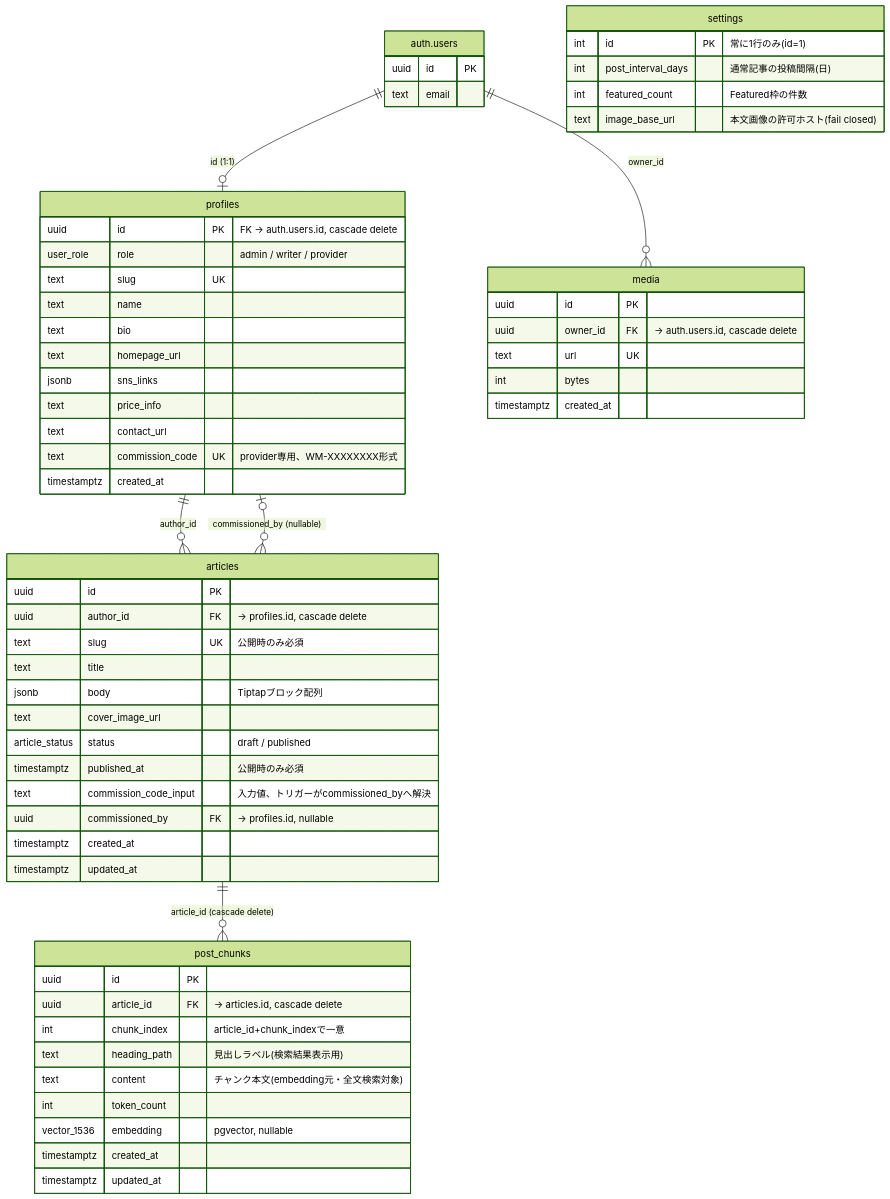
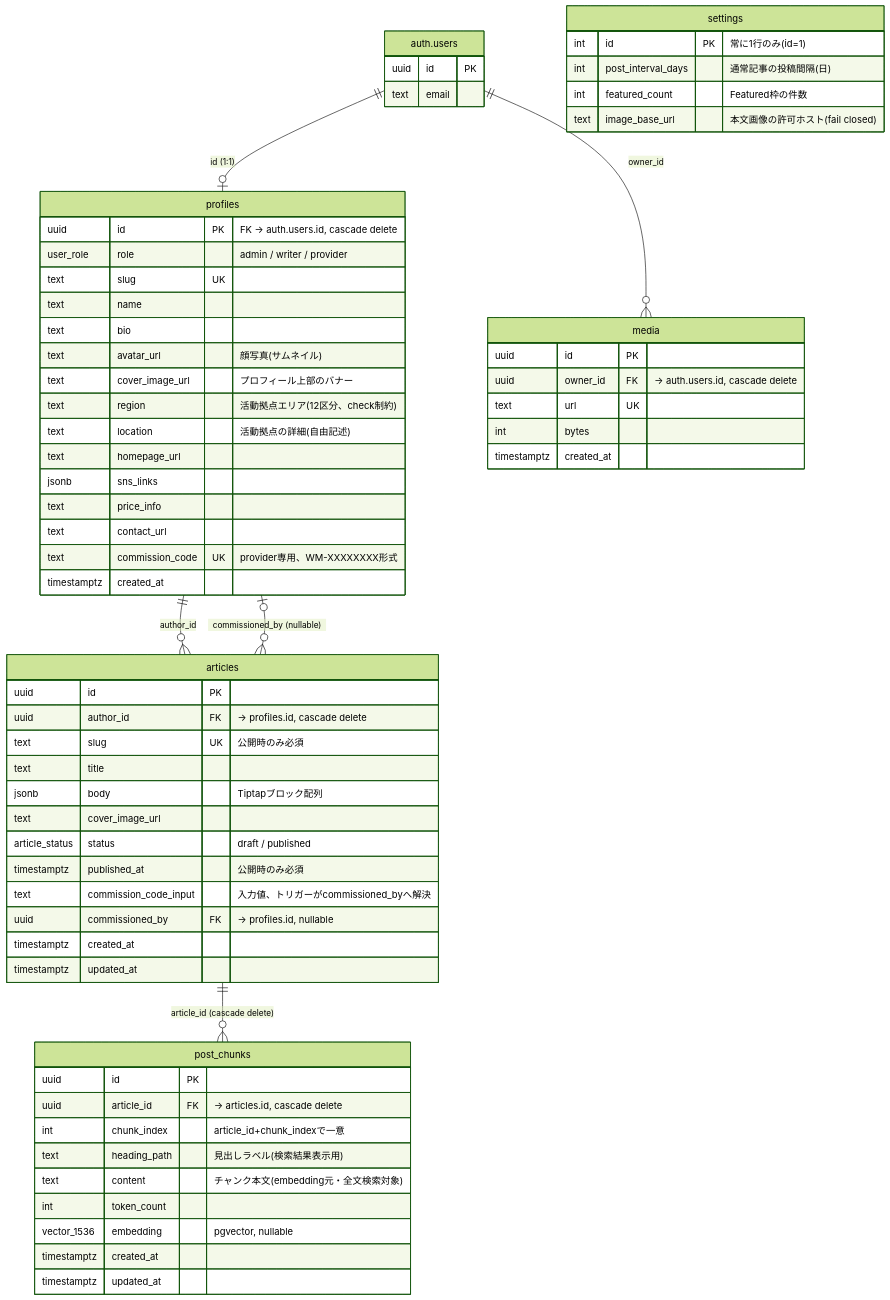
The diagram in docs/DATABASE.md (whimCrouwel/wyld-media), drawn with Mermaid (forest theme) before and after one commit. The commit also changed 43 other files, not shown here.

````diff
--- a/docs/DATABASE.md
+++ b/docs/DATABASE.md
@@ -5,69 +5,73 @@
 ```mermaid
 erDiagram
     "auth.users" ||--o| profiles : "id (1:1)"
     "auth.users" ||--o{ media : "owner_id"
     profiles ||--o{ articles : "author_id"
     profiles |o--o{ articles : "commissioned_by (nullable)"
     articles ||--o{ post_chunks : "article_id (cascade delete)"
 
     "auth.users" {
         uuid id PK
         text email
     }
 
     profiles {
         uuid id PK "FK -> auth.users.id, cascade delete"
         user_role role "admin / writer / provider"
         text slug UK
         text name
         text bio
+        text avatar_url "顔写真(サムネイル)"
+        text cover_image_url "プロフィール上部のバナー"
+        text region "活動拠点エリア(12区分、check制約)"
+        text location "活動拠点の詳細(自由記述)"
         text homepage_url
         jsonb sns_links
         text price_info
         text contact_url
         text commission_code UK "provider専用、WM-XXXXXXXX形式"
         timestamptz created_at
     }
 
     articles {
         uuid id PK
         uuid author_id FK "-> profiles.id, cascade delete"
         text slug UK "公開時のみ必須"
         text title
         jsonb body "Tiptapブロック配列"
         text cover_image_url
         article_status status "draft / published"
         timestamptz published_at "公開時のみ必須"
         text commission_code_input "入力値、トリガーがcommissioned_byへ解決"
         uuid commissioned_by FK "-> profiles.id, nullable"
         timestamptz created_at
         timestamptz updated_at
     }
 
     settings {
         int id PK "常に1行のみ(id=1)"
         int post_interval_days "通常記事の投稿間隔(日)"
         int featured_count "Featured枠の件数"
         text image_base_url "本文画像の許可ホスト(fail closed)"
     }
 
     media {
         uuid id PK
         uuid owner_id FK "-> auth.users.id, cascade delete"
         text url UK
         int bytes
         timestamptz created_at
     }
 
     post_chunks {
         uuid id PK
         uuid article_id FK "-> articles.id, cascade delete"
         int chunk_index "article_id+chunk_indexで一意"
         text heading_path "見出しラベル(検索結果表示用)"
         text content "チャンク本文(embedding元・全文検索対象)"
         int token_count
         vector_1536 embedding "pgvector, nullable"
         timestamptz created_at
         timestamptz updated_at
     }
 ```
````
